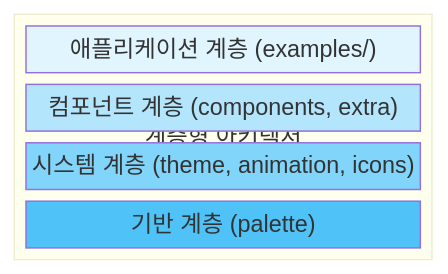
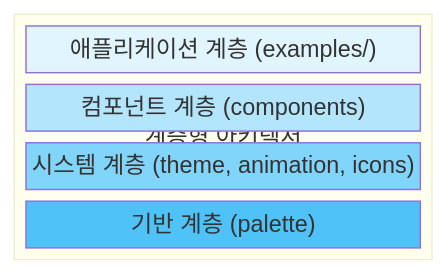
The first of 7 diagrams in docs/ko/system/overview.md (celestia-island/hikari), drawn with Mermaid before and after one commit. The commit also changed other lines of this file and 87 other files, not shown here.

````diff
--- a/docs/ko/system/overview.md
+++ b/docs/ko/system/overview.md
@@ -18,15 +17,15 @@
 ```mermaid
 block-beta
   columns 1
   block:layer["계층형 아키텍처"]:1
     columns 1
     app["애플리케이션 계층 (examples/)"]
-    comp["컴포넌트 계층 (components, extra)"]
+    comp["컴포넌트 계층 (components)"]
     sys["시스템 계층 (theme, animation, icons)"]
     found["기반 계층 (palette)"]
   end
   style app fill:#e1f5fe
   style comp fill:#b3e5fc
   style sys fill:#81d4fa
   style found fill:#4fc3f7
 ```
````
